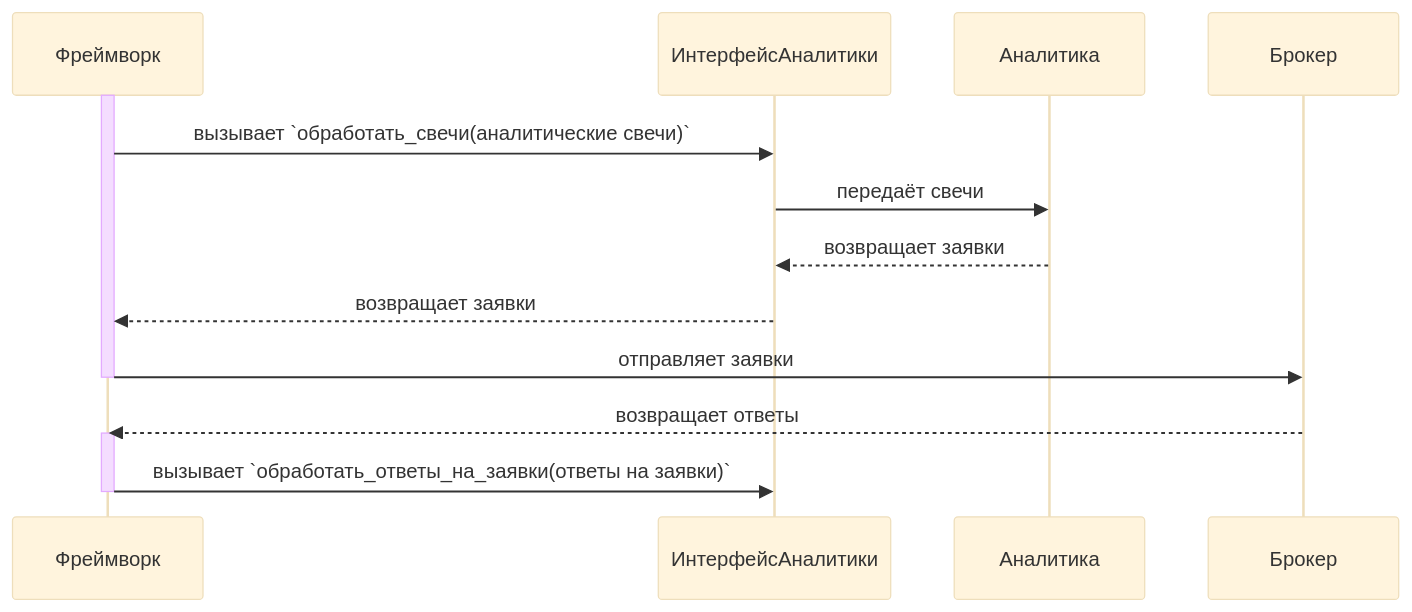
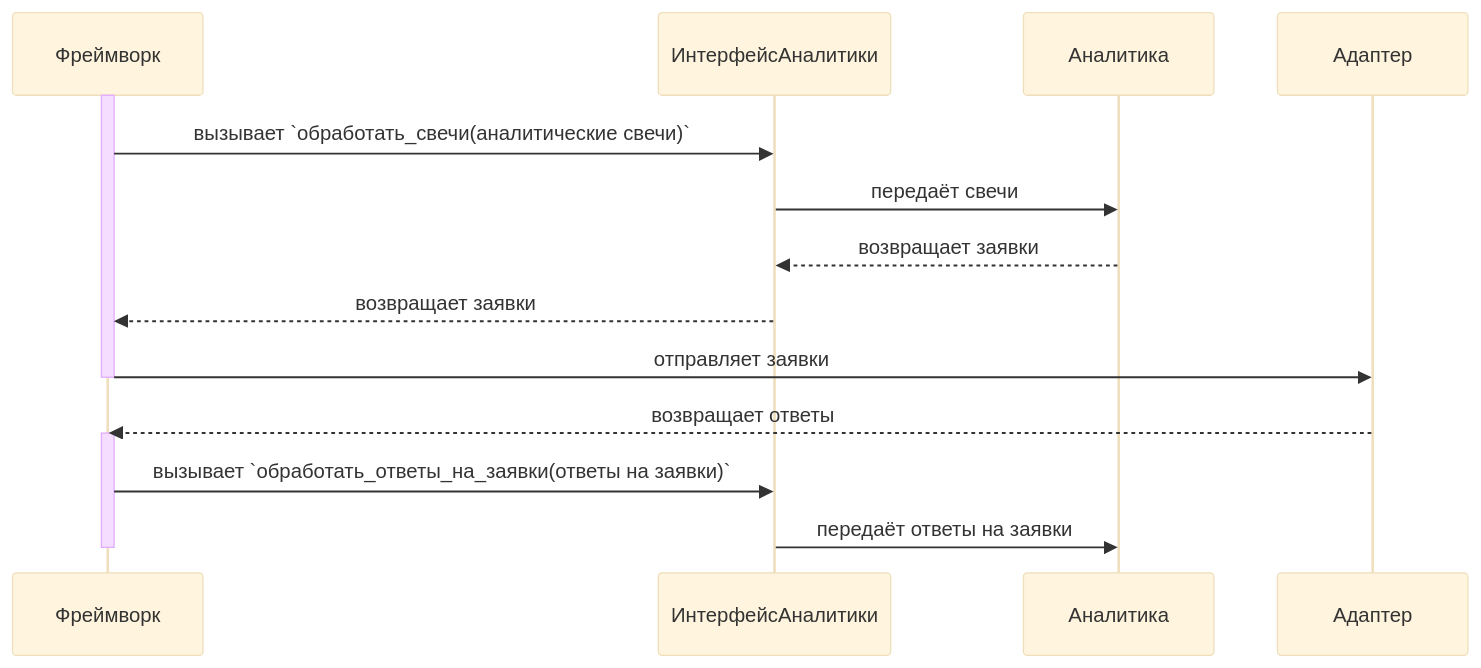
The fourth of 15 diagrams in controller-logic.md (Marat22/MiriadRobotDocs), drawn with Mermaid (base theme) before and after one commit. The commit also changed other lines of this file, not shown here.

````diff
--- a/controller-logic.md
+++ b/controller-logic.md
@@ -149,19 +149,20 @@
 ```mermaid
 sequenceDiagram
     participant Framework as Фреймворк
     participant AnalyticsInterface as ИнтерфейсАналитики
     participant Analytics as Аналитика
-    participant Broker as Брокер
+    participant Adapter as Адаптер
 
     activate Framework
     Framework->>AnalyticsInterface: вызывает `обработать_свечи(аналитические свечи)`
     AnalyticsInterface->>Analytics: передаёт свечи
     Analytics-->>AnalyticsInterface: возвращает заявки
     AnalyticsInterface-->>Framework: возвращает заявки
-    Framework->>Broker: отправляет заявки
+    Framework->>Adapter: отправляет заявки
     deactivate Framework
-    Broker-->>Framework: возвращает ответы
+    Adapter-->>Framework: возвращает ответы
     activate Framework
     Framework->>AnalyticsInterface: вызывает `обработать_ответы_на_заявки(ответы на заявки)`
+    AnalyticsInterface->>Analytics: передаёт ответы на заявки
     deactivate Framework
 ```
````
